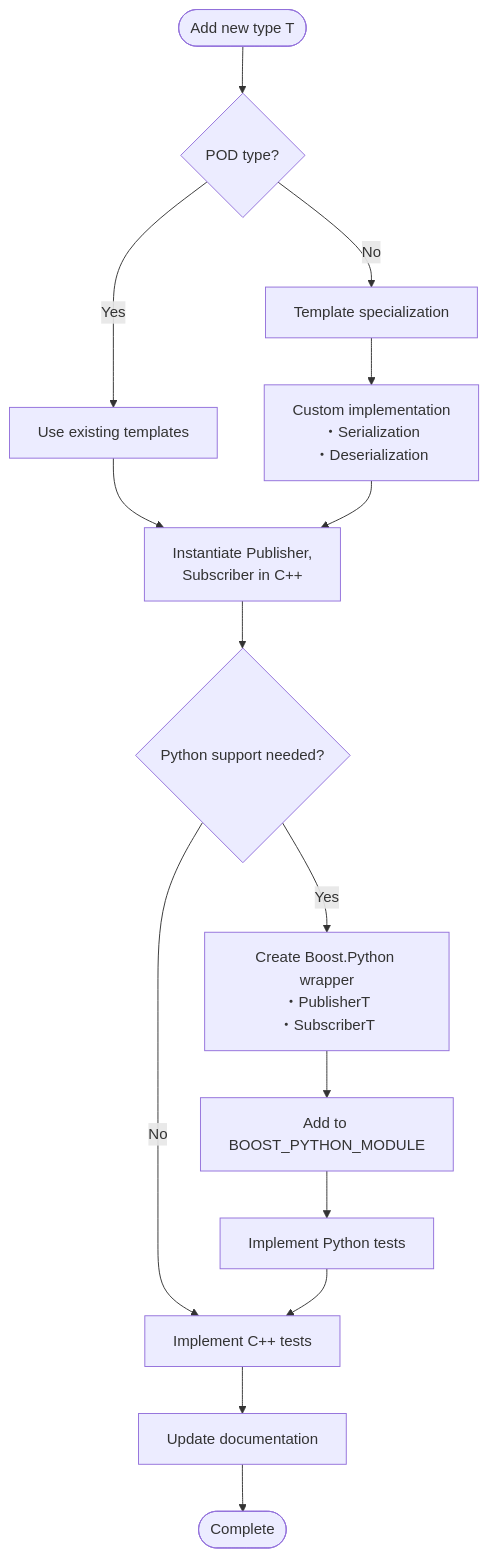
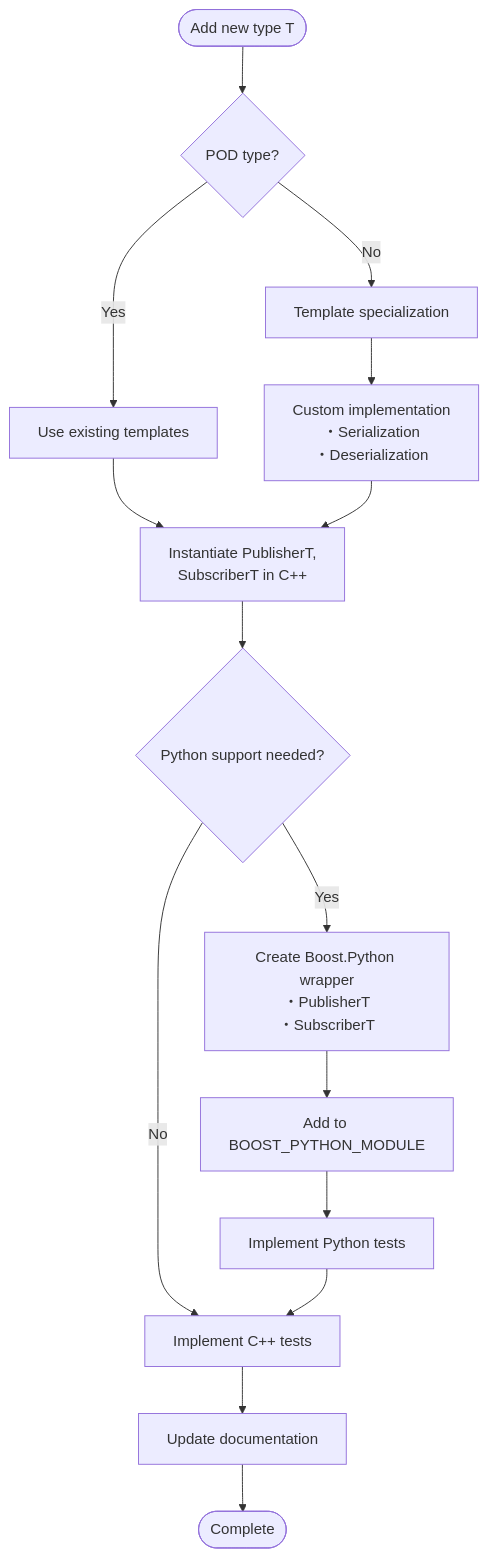
One commit to REACT-ROBOT/shared-memory-based-handy-communication-manager changed diagram 17 of 17 in manual/spec_en.md. Above: the diagram before and after it, drawn with Mermaid. The commit also changed other lines of this file and 195 other files, not shown here.

````diff
--- a/manual/spec_en.md
+++ b/manual/spec_en.md
@@ -641,21 +738,21 @@
-```mermaid
+<div class="mermaid">
 flowchart TD
     Start([Add new type T]) --> CheckPOD{POD type?}
     CheckPOD -->|Yes| UseTemplate[Use existing templates]
     CheckPOD -->|No| Specialize[Template specialization]
     
-    UseTemplate --> InstantiateC[Instantiate Publisher<T>,<br/>Subscriber<T> in C++]
-    Specialize --> CustomImpl[Custom implementation<br/>・Serialization<br/>・Deserialization]
+    UseTemplate --> InstantiateC["Instantiate PublisherT,<br/>SubscriberT in C++"]
+    Specialize --> CustomImpl["Custom implementation<br/>・Serialization<br/>・Deserialization"]
     
     CustomImpl --> InstantiateC
     InstantiateC --> PythonNeeded{Python support needed?}
     
-    PythonNeeded -->|Yes| CreateWrapper[Create Boost.Python wrapper<br/>・PublisherT<br/>・SubscriberT]
+    PythonNeeded -->|Yes| CreateWrapper["Create Boost.Python wrapper<br/>・PublisherT<br/>・SubscriberT"]
     PythonNeeded -->|No| TestC[Implement C++ tests]
     
     CreateWrapper --> UpdateModule[Add to BOOST_PYTHON_MODULE]
     UpdateModule --> TestPy[Implement Python tests]
     TestPy --> TestC
     TestC --> Document[Update documentation]
     Document --> End([Complete])
-```
+</div>
````
